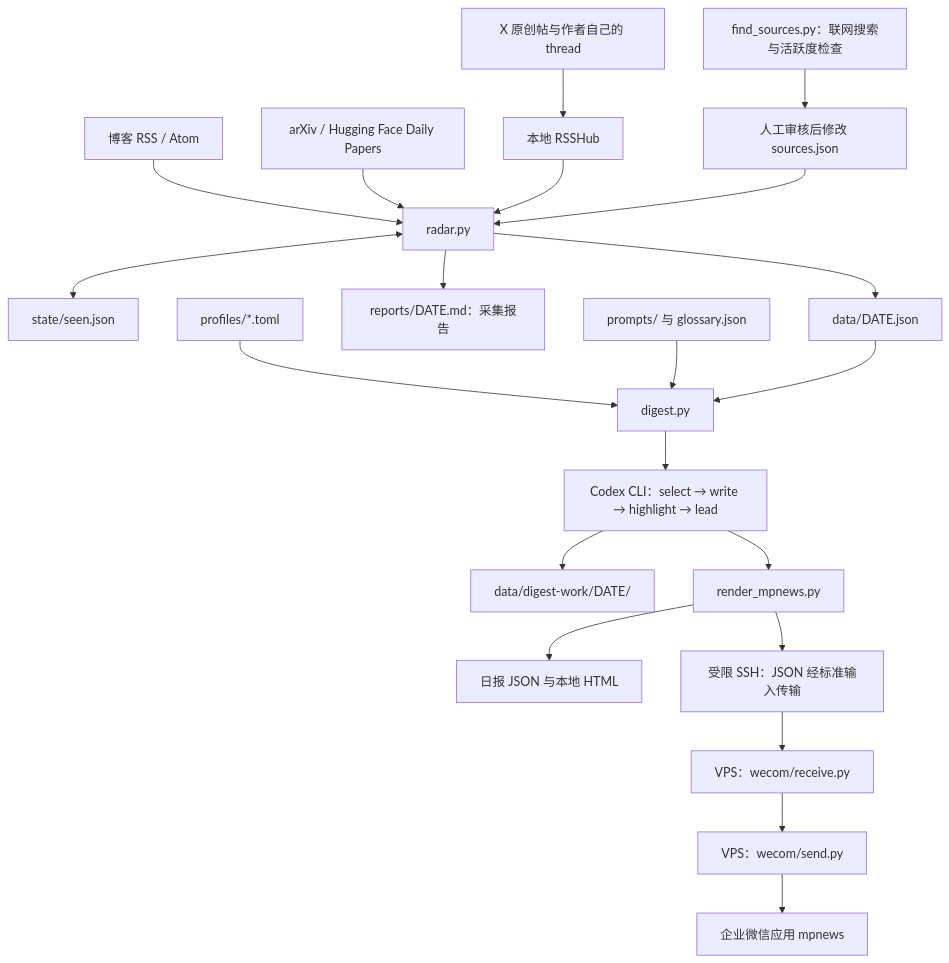
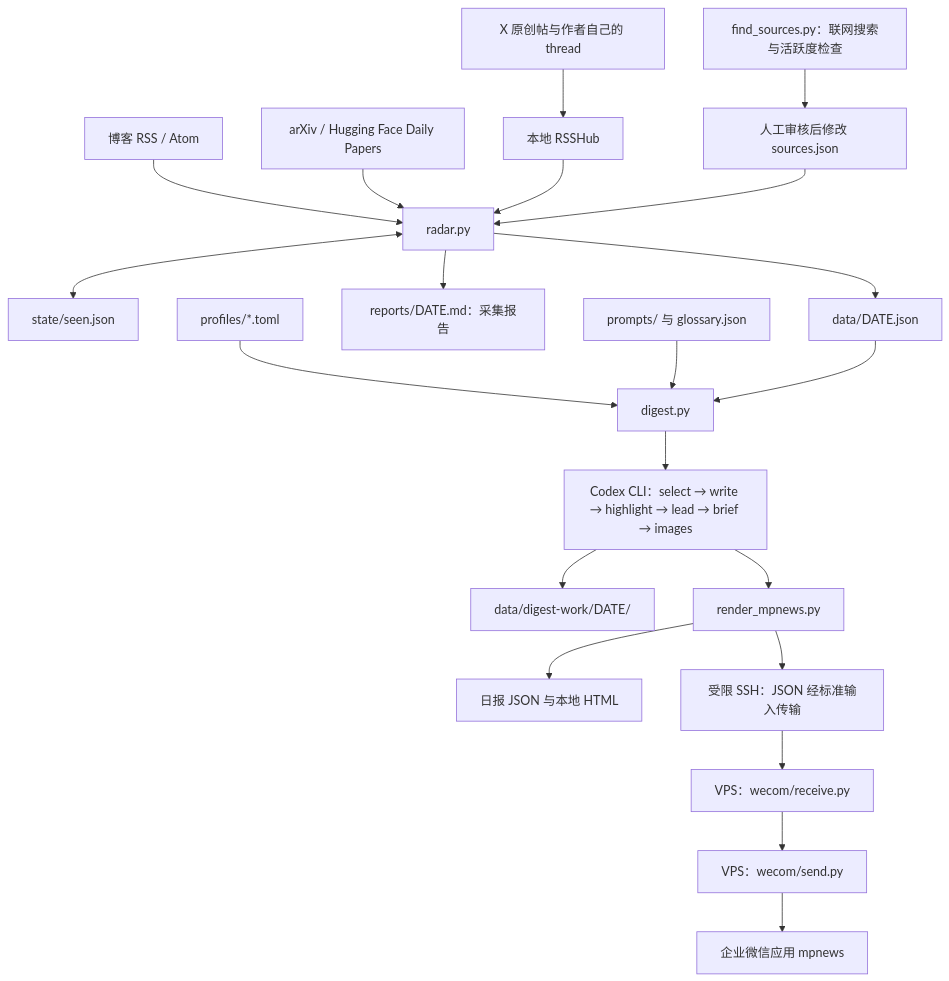
One commit to Nekoww1/X_Daily changed the diagram in README.md. Above: the diagram before and after it, drawn with Mermaid. The commit also changed other lines of this file and 11 other files, not shown here.

````diff
--- a/README.md
+++ b/README.md
@@ -31,23 +34,23 @@
 ```mermaid
 flowchart TD
     X[X 原创帖与作者自己的 thread] --> RSS[本地 RSSHub]
     BLOG[博客 RSS / Atom] --> RADAR[radar.py]
     PAPER[arXiv / Hugging Face Daily Papers] --> RADAR
     RSS --> RADAR
     RADAR <--> SEEN[state/seen.json]
     RADAR --> DATA[data/DATE.json]
     RADAR --> MD[reports/DATE.md：采集报告]
     PROFILE[profiles/*.toml] --> DIGEST[digest.py]
     PROMPTS[prompts/ 与 glossary.json] --> DIGEST
     DATA --> DIGEST
-    DIGEST --> CODEX[Codex CLI：select → write → highlight → lead]
+    DIGEST --> CODEX[Codex CLI：select → write → highlight → lead → brief → images]
     CODEX --> CACHE[data/digest-work/DATE/]
     CODEX --> RENDER[render_mpnews.py]
     RENDER --> ARCHIVE[日报 JSON 与本地 HTML]
     RENDER --> SSH[受限 SSH：JSON 经标准输入传输]
     SSH --> RECEIVE[VPS：wecom/receive.py]
     RECEIVE --> SEND[VPS：wecom/send.py]
     SEND --> WECOM[企业微信应用 mpnews]
     DISCOVER[find_sources.py：联网搜索与活跃度检查] --> REVIEW[人工审核后修改 sources.json]
     REVIEW --> RADAR
 ```
````
